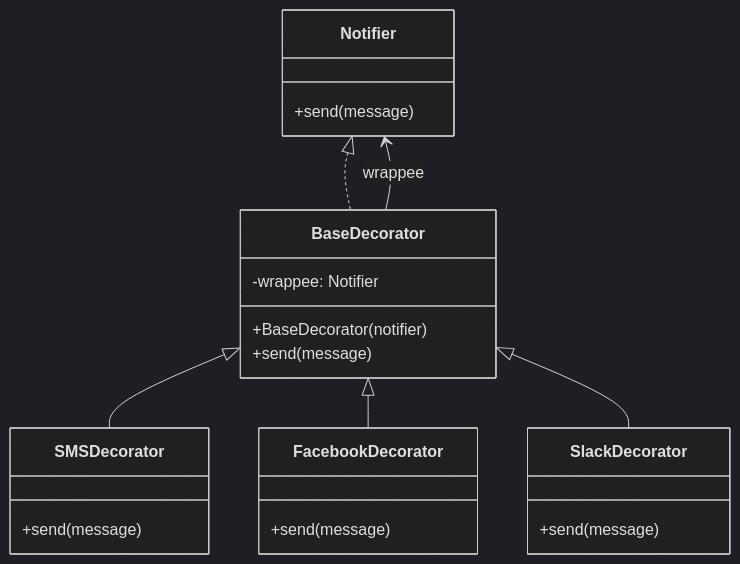
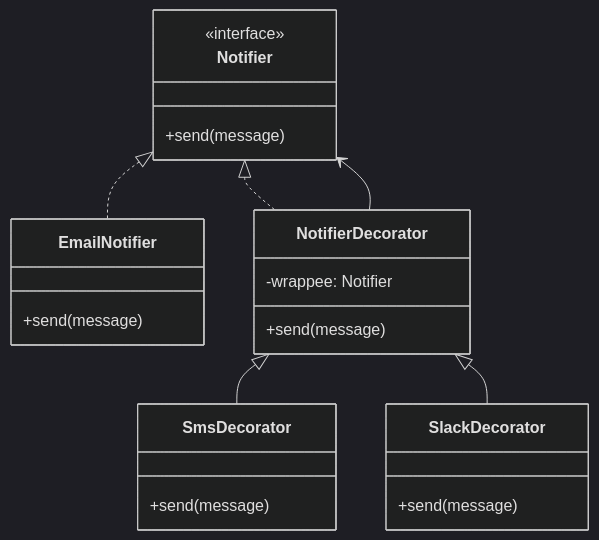
The tenth of 16 diagrams in lectures/Lec6/vitepress.md (Kert0n/KPO), drawn with Mermaid (dark theme) before and after one commit. The commit also changed other lines of this file and 9 other files, not shown here.

````diff
--- a/lectures/Lec6/vitepress.md
+++ b/lectures/Lec6/vitepress.md
@@ -335,25 +776,26 @@
 ```mermaid
 classDiagram
-    class Notifier {
-        +send(message)
-    }
-    class BaseDecorator {
-        -wrappee: Notifier
-        +BaseDecorator(notifier)
-        +send(message)
-    }
-    class SMSDecorator {
-        +send(message)
-    }
-    class FacebookDecorator {
-        +send(message)
-    }
-    class SlackDecorator {
-        +send(message)
-    }
-    Notifier <|.. BaseDecorator
-    BaseDecorator <|-- SMSDecorator
-    BaseDecorator <|-- FacebookDecorator
-    BaseDecorator <|-- SlackDecorator
-    BaseDecorator --> Notifier : wrappee
+  class Notifier {
+    <<interface>>
+    +send(message)
+  }
+  class EmailNotifier {
+    +send(message)
+  }
+  class NotifierDecorator {
+    -wrappee: Notifier
+    +send(message)
+  }
+  class SmsDecorator {
+    +send(message)
+  }
+  class SlackDecorator {
+    +send(message)
+  }
+
+  Notifier <|.. EmailNotifier
+  Notifier <|.. NotifierDecorator
+  NotifierDecorator <|-- SmsDecorator
+  NotifierDecorator <|-- SlackDecorator
+  NotifierDecorator --> Notifier
 ```
````
